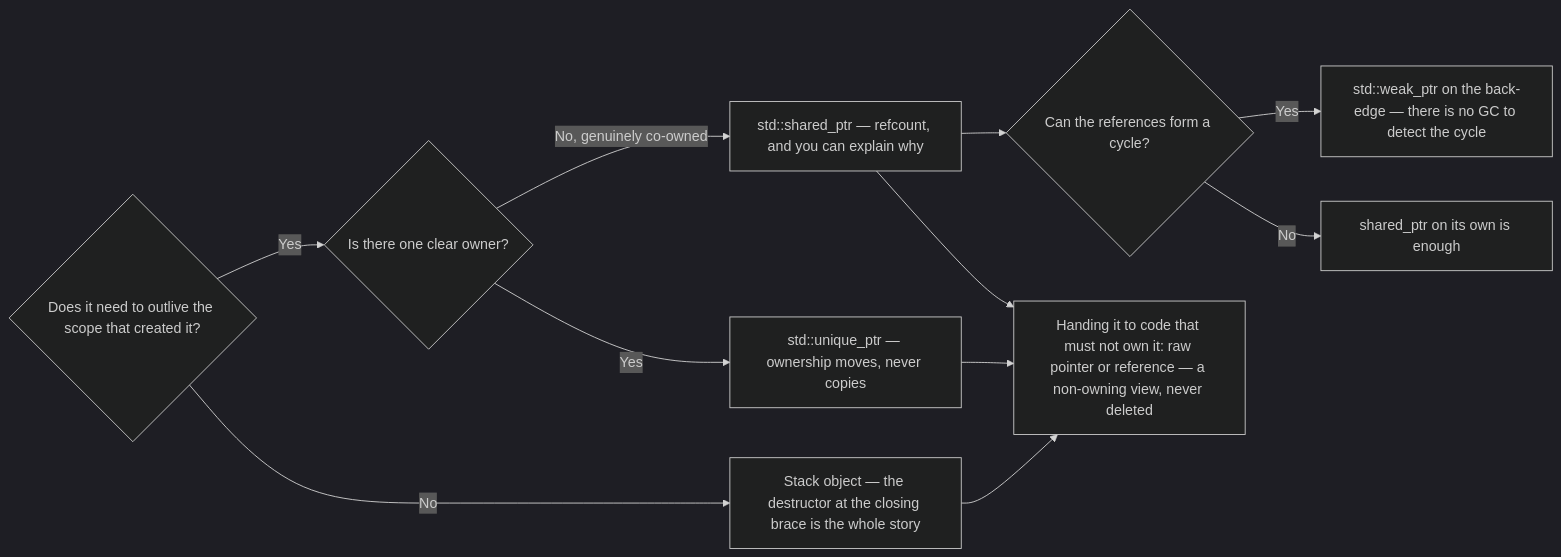
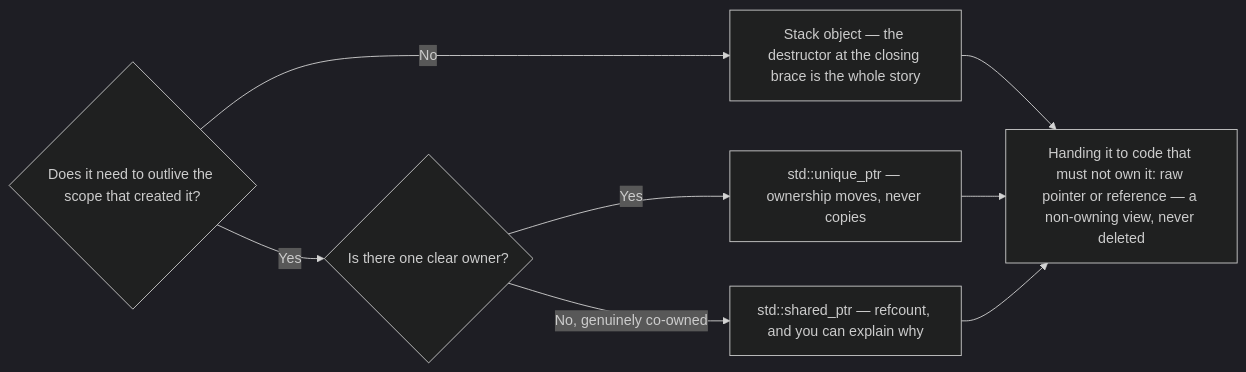
One commit to mkhomutov/going-unmanaged changed the first of 2 diagrams in book/01-ownership-and-raii.md. Above: the diagram before and after it, drawn with Mermaid (dark theme). The commit also changed other lines of this file and 2 other files, not shown here.

First line of the commit message:
Split the Chapter 1 ownership diagram and note Chapter 26's node order

````diff
--- a/book/01-ownership-and-raii.md
+++ b/book/01-ownership-and-raii.md
@@ -41,13 +41,10 @@
 ```mermaid
 flowchart LR
     Q1{"Does it need to outlive the scope that created it?"} -->|No| STK["Stack object — the destructor at the closing brace is the whole story"]
     Q1 -->|Yes| Q2{"Is there one clear owner?"}
     Q2 -->|Yes| UP["std::unique_ptr — ownership moves, never copies"]
     Q2 -->|"No, genuinely co-owned"| SP["std::shared_ptr — refcount, and you can explain why"]
-    SP --> Q3{"Can the references form a cycle?"}
-    Q3 -->|Yes| WP["std::weak_ptr on the back-edge — there is no GC to detect the cycle"]
-    Q3 -->|No| SPOK["shared_ptr on its own is enough"]
     STK --> VIEW["Handing it to code that must not own it: raw pointer or reference — a non-owning view, never deleted"]
     UP --> VIEW
     SP --> VIEW
 ```
````
